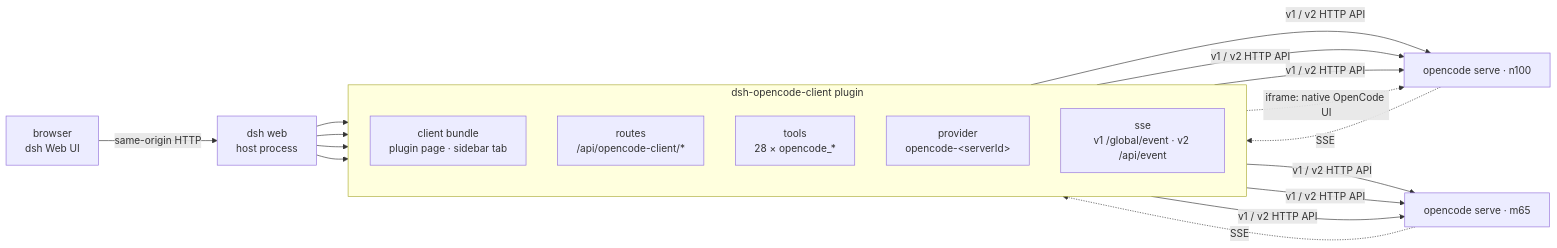
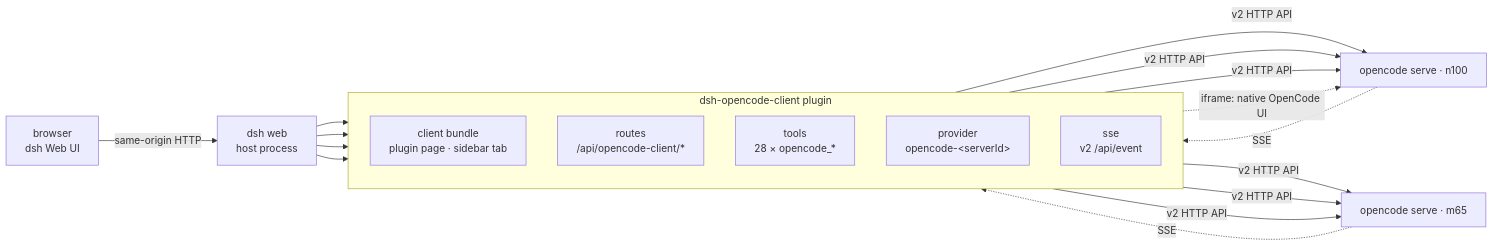
One commit to yhuan416/dsh-opencode-client changed the diagram in README.md. Above: the diagram before and after it, drawn with Mermaid. The commit also changed other lines of this file and 12 other files, not shown here.

````diff
--- a/README.md
+++ b/README.md
@@ -92,29 +93,29 @@
 ```mermaid
 flowchart LR
     BROWSER["browser<br/>dsh Web UI"] -->|"same-origin HTTP"| DSH["dsh web<br/>host process"]
 
     subgraph PLUGIN["dsh-opencode-client plugin"]
         direction TB
         CLIENT["client bundle<br/>plugin page · sidebar tab"]
         ROUTES["routes<br/>/api/opencode-client/*"]
         TOOLS["tools<br/>28 × opencode_*"]
         PROVIDER["provider<br/>opencode-&lt;serverId&gt;"]
-        SSE["sse<br/>v1 /global/event · v2 /api/event"]
+        SSE["sse<br/>v2 /api/event"]
     end
 
     DSH --> CLIENT
     DSH --> ROUTES
     DSH --> TOOLS
     DSH --> PROVIDER
 
-    ROUTES -->|"v1 / v2 HTTP API"| N100["opencode serve · n100"]
-    TOOLS -->|"v1 / v2 HTTP API"| N100
-    PROVIDER -->|"v1 / v2 HTTP API"| N100
-    ROUTES -->|"v1 / v2 HTTP API"| M65["opencode serve · m65"]
-    TOOLS -->|"v1 / v2 HTTP API"| M65
-    PROVIDER -->|"v1 / v2 HTTP API"| M65
+    ROUTES -->|"v2 HTTP API"| N100["opencode serve · n100"]
+    TOOLS -->|"v2 HTTP API"| N100
+    PROVIDER -->|"v2 HTTP API"| N100
+    ROUTES -->|"v2 HTTP API"| M65["opencode serve · m65"]
+    TOOLS -->|"v2 HTTP API"| M65
+    PROVIDER -->|"v2 HTTP API"| M65
 
     N100 -.->|"SSE"| SSE
     M65 -.->|"SSE"| SSE
     CLIENT -.->|"iframe: native OpenCode UI"| N100
 ```
````
